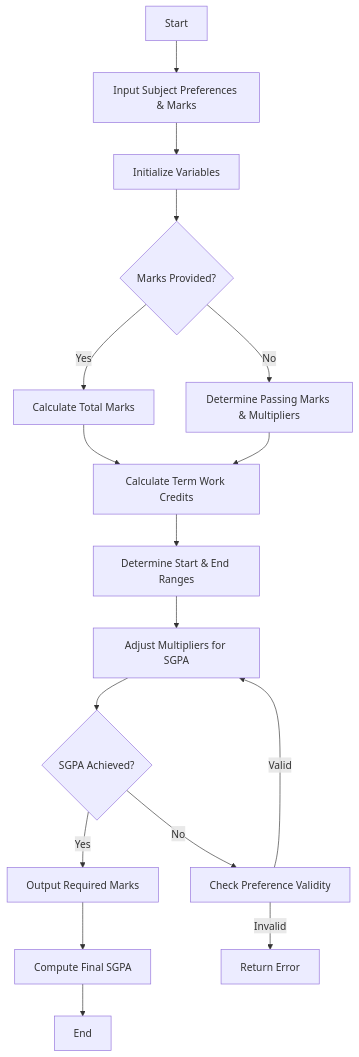
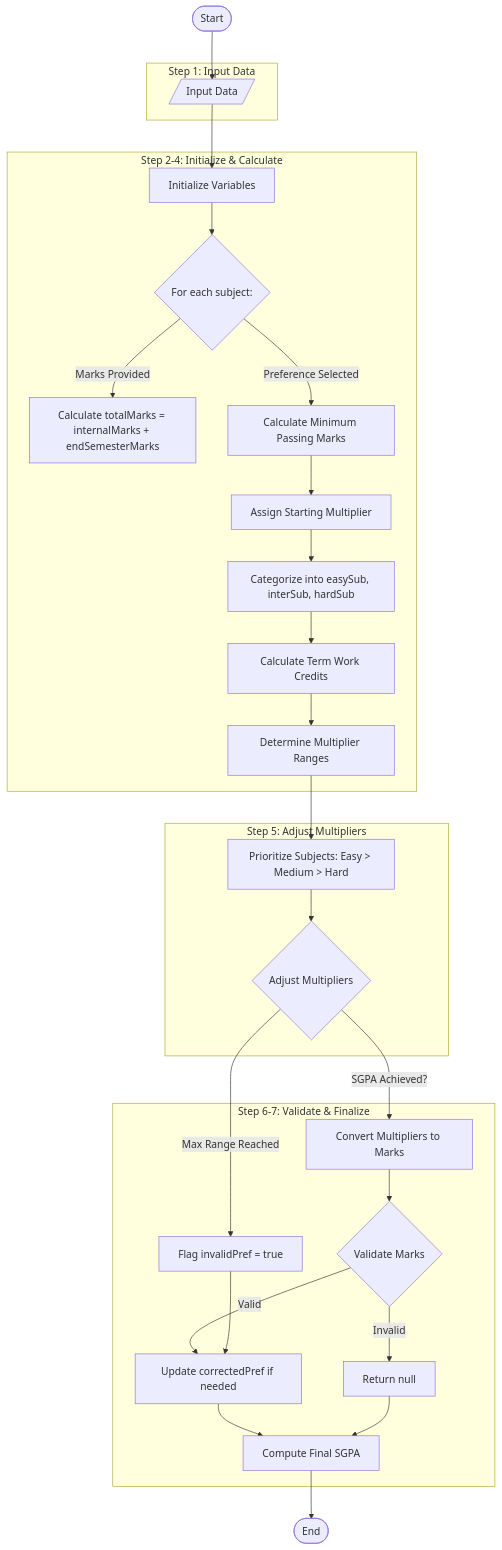
One commit to vividron/AceGrade changed the diagram in README.md. Above: the diagram before and after it, drawn with Mermaid.

````diff
--- a/README.md
+++ b/README.md
@@ -136,19 +136,48 @@
 ```mermaid
-graph TD;
-    A[Start] --> B[Input Subject Preferences & Marks]
-    B --> C[Initialize Variables]
-    C --> D{Marks Provided?}
-    D -- Yes --> E[Calculate Total Marks]
-    D -- No --> F[Determine Passing Marks & Multipliers]
-    E --> G[Calculate Term Work Credits]
-    F --> G
-    G --> H[Determine Start & End Ranges]
-    H --> I[Adjust Multipliers for SGPA]
-    I --> J{SGPA Achieved?}
-    J -- Yes --> K[Output Required Marks]
-    J -- No --> L[Check Preference Validity]
-    L -- Invalid --> M[Return Error]
-    L -- Valid --> I
-    K --> N[Compute Final SGPA]
-    N --> O[End]
+flowchart TD
+  A([Start]) --> B[/Input Data/]
+  B --> C[Initialize Variables]
+  C --> D{For each subject:}
+  D -->|Marks Provided| E[Calculate totalMarks = internalMarks + endSemesterMarks]
+  D -->|Preference Selected| F[Calculate Minimum Passing Marks]
+  F --> G[Assign Starting Multiplier]
+  G --> H[Categorize into easySub, interSub, hardSub]
+  H --> I[Calculate Term Work Credits]
+  I --> J[Determine Multiplier Ranges]
+  J --> K[Prioritize Subjects: Easy > Medium > Hard]
+  K --> L{Adjust Multipliers}
+  L -->|SGPA Achieved?| M[Convert Multipliers to Marks]
+  L -->|Max Range Reached| N[Flag invalidPref = true]
+  M --> O{Validate Marks}
+  O -->|Valid| P[Update correctedPref if needed]
+  O -->|Invalid| Q[Return null]
+  N --> P
+  P --> R[Compute Final SGPA]
+  Q --> R
+  R --> S([End])
+  subgraph "Step 1: Input Data"
+    B
+  end
+  subgraph "Step 2-4: Initialize & Calculate"
+    C
+    D
+    E
+    F
+    G
+    H
+    I
+    J
+  end
+  subgraph "Step 5: Adjust Multipliers"
+    K
+    L
+  end
+  subgraph "Step 6-7: Validate & Finalize"
+    M
+    N
+    O
+    P
+    Q
+    R
+  end
 ```
````
